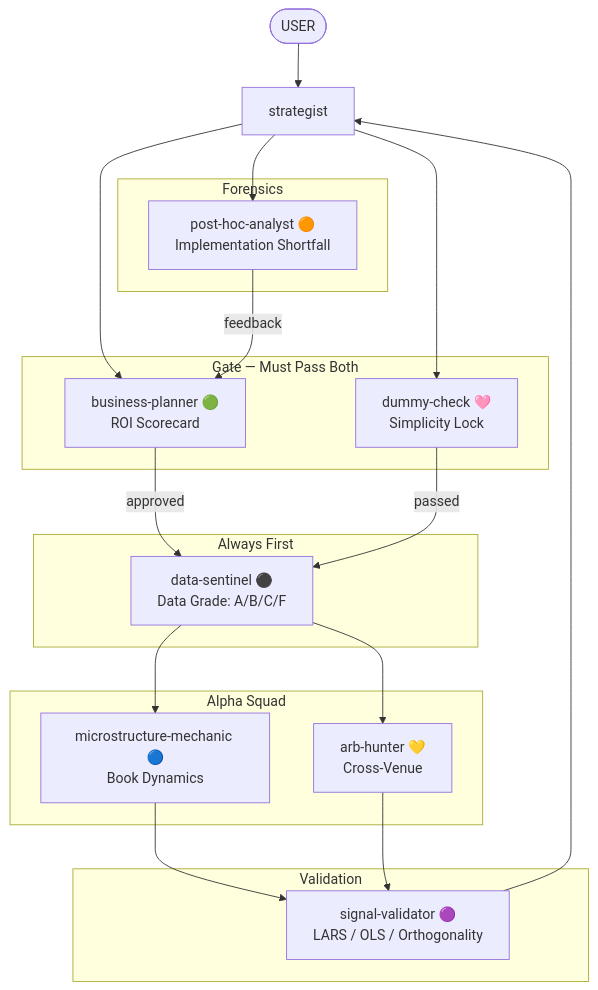
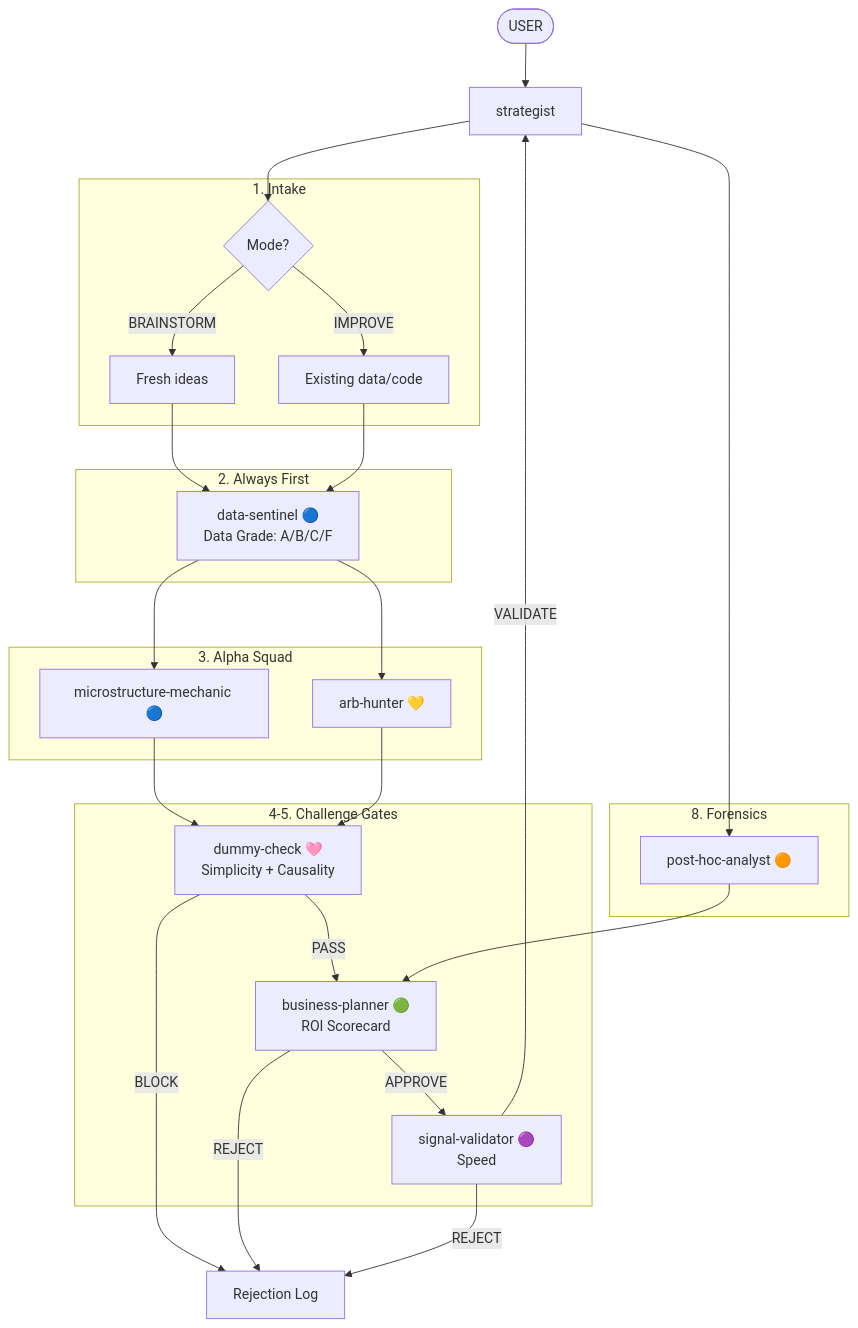
Before and after one commit to DeevsDeevs/agent-system: the diagram in research-experts/README.md, drawn with Mermaid. The commit also changed other lines of this file and 11 other files, not shown here.

````diff
--- a/research-experts/README.md
+++ b/research-experts/README.md
@@ -78,38 +98,45 @@
 ```mermaid
 flowchart TD
     USER([USER]) --> strategist
 
-    subgraph gate [Gate — Must Pass Both]
-        biz["business-planner 🟢<br/>ROI Scorecard"]
-        dummy["dummy-check 🩷<br/>Simplicity Lock"]
+    subgraph intake [1. Intake]
+        mode{Mode?}
+        mode -->|BRAINSTORM| fresh[Fresh ideas]
+        mode -->|IMPROVE| existing[Existing data/code]
     end
 
-    subgraph prerequisite [Always First]
-        data["data-sentinel ⚫<br/>Data Grade: A/B/C/F"]
+    subgraph gate [4-5. Challenge Gates]
+        dummy["dummy-check 🩷<br/>Simplicity + Causality"]
+        biz["business-planner 🟢<br/>ROI Scorecard"]
+        validator["signal-validator 🟣<br/>Speed"]
     end
 
-    subgraph alpha [Alpha Squad]
-        mech["microstructure-mechanic 🔵<br/>Book Dynamics"]
-        arb["arb-hunter 💛<br/>Cross-Venue"]
+    subgraph prerequisite [2. Always First]
+        data["data-sentinel 🔵<br/>Data Grade: A/B/C/F"]
     end
 
-    subgraph validation [Validation]
-        validator["signal-validator 🟣<br/>LARS / OLS / Orthogonality"]
+    subgraph alpha [3. Alpha Squad]
+        mech["microstructure-mechanic 🔵"]
+        arb["arb-hunter 💛"]
     end
 
-    subgraph forensics [Forensics]
-        post["post-hoc-analyst 🟠<br/>Implementation Shortfall"]
+    subgraph forensics [8. Forensics]
+        post["post-hoc-analyst 🟠"]
     end
 
-    strategist --> biz
-    strategist --> dummy
-    biz -->|approved| data
-    dummy -->|passed| data
+    strategist --> mode
+    fresh --> data
+    existing --> data
     data --> mech
     data --> arb
-    mech --> validator
-    arb --> validator
-    validator --> strategist
+    mech --> dummy
+    arb --> dummy
+    dummy -->|PASS| biz
+    dummy -->|BLOCK| rejection[Rejection Log]
+    biz -->|APPROVE| validator
+    biz -->|REJECT| rejection
+    validator -->|VALIDATE| strategist
+    validator -->|REJECT| rejection
     strategist --> post
-    post -->|feedback| biz
+    post --> biz
 ```
````
